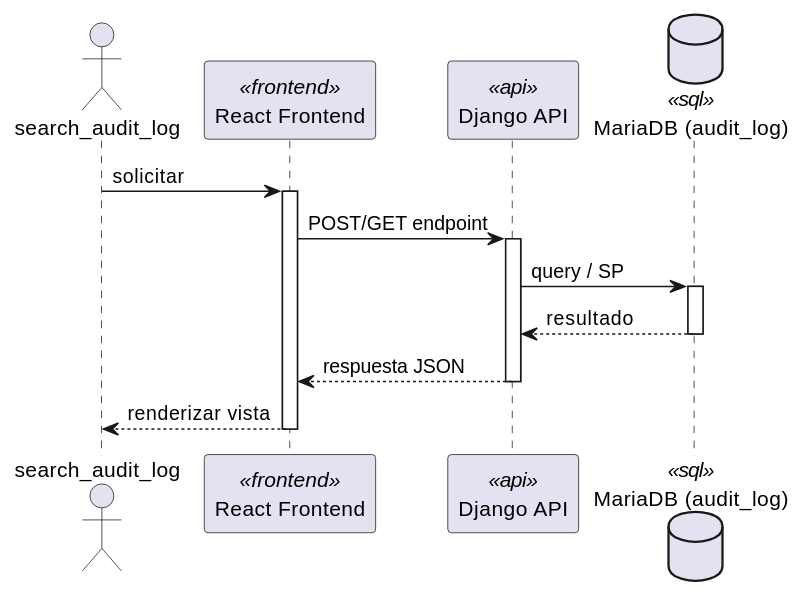
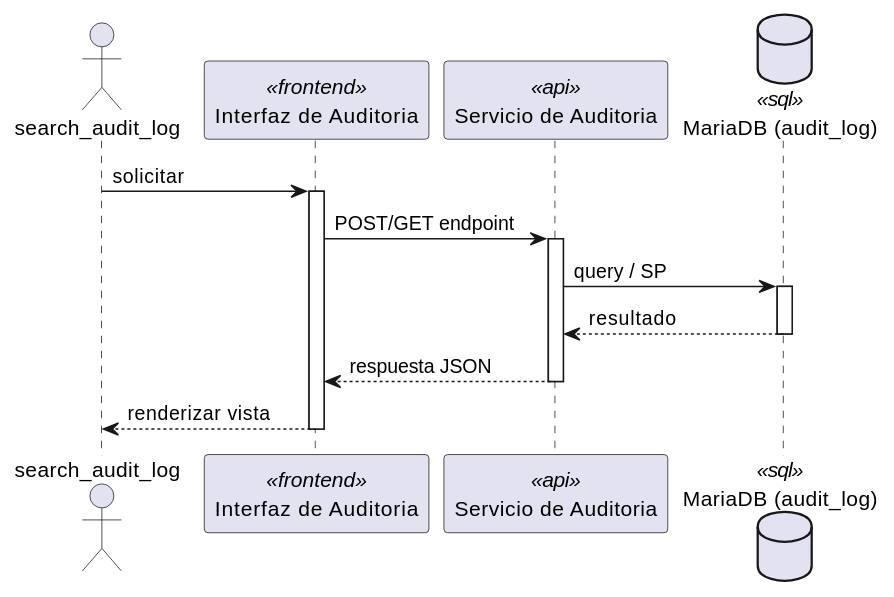
One commit to jcg-admin/IACT-docs changed the first of 2 diagrams in source/arquitectura-tecnica/DesignView/aud-02.rst. Above: the diagram before and after it, drawn with PlantUML. The commit also changed other lines of this file and 243 other files, not shown here.

First line of the commit message:
Add missing diagrams and fix participant names across Kruchten views

```diff
--- a/source/arquitectura-tecnica/DesignView/aud-02.rst
+++ b/source/arquitectura-tecnica/DesignView/aud-02.rst
@@ -22,28 +22,28 @@
 .. uml::
  :caption: UC_AUD_02 — Design View (secuencia)
 
  @startuml
 
  actor "search_audit_log" as search_audit_log
- participant "React Frontend" as Frontend <<frontend>>
- participant "Django API" as APIServer <<api>>
- database "MariaDB (audit_log)" as BaseDatos <<sql>>
+ participant "Interfaz de Auditoria" as Iface <<frontend>>
+ participant "Servicio de Auditoria" as SvcNode <<api>>
+ database "MariaDB (audit_log)" as Store <<sql>>
 
- search_audit_log -> Frontend : solicitar
- activate Frontend
+ search_audit_log -> Iface : solicitar
+ activate Iface
 
- Frontend -> APIServer : POST/GET endpoint
- activate APIServer
+ Iface -> SvcNode : POST/GET endpoint
+ activate SvcNode
 
- APIServer -> BaseDatos : query / SP
- activate BaseDatos
- BaseDatos --> APIServer : resultado
- deactivate BaseDatos
+ SvcNode -> Store : query / SP
+ activate Store
+ Store --> SvcNode : resultado
+ deactivate Store
 
- APIServer --> Frontend : respuesta JSON
- deactivate APIServer
+ SvcNode --> Iface : respuesta JSON
+ deactivate SvcNode
 
- Frontend --> search_audit_log : renderizar vista
- deactivate Frontend
+ Iface --> search_audit_log : renderizar vista
+ deactivate Iface
 
  @enduml
```
